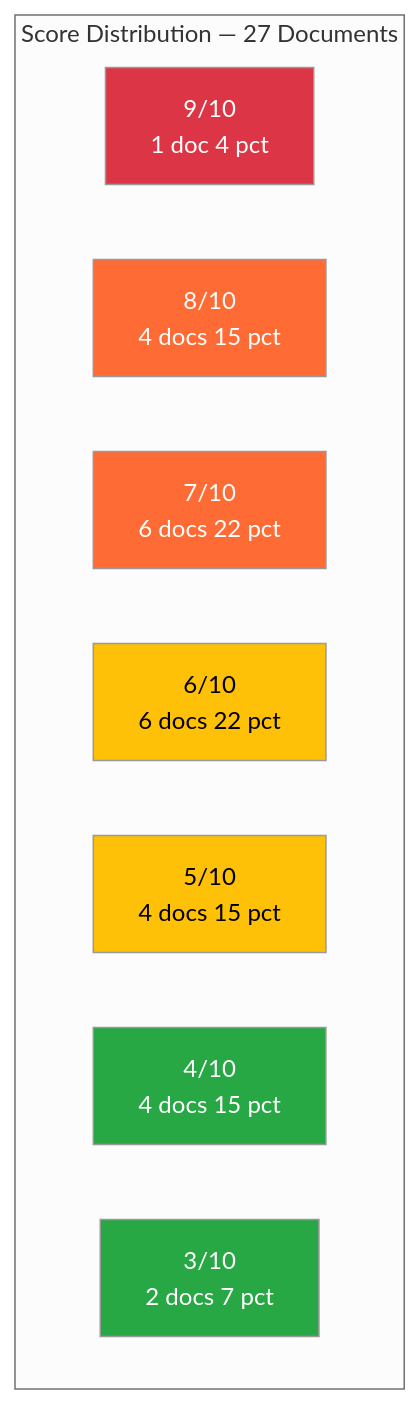
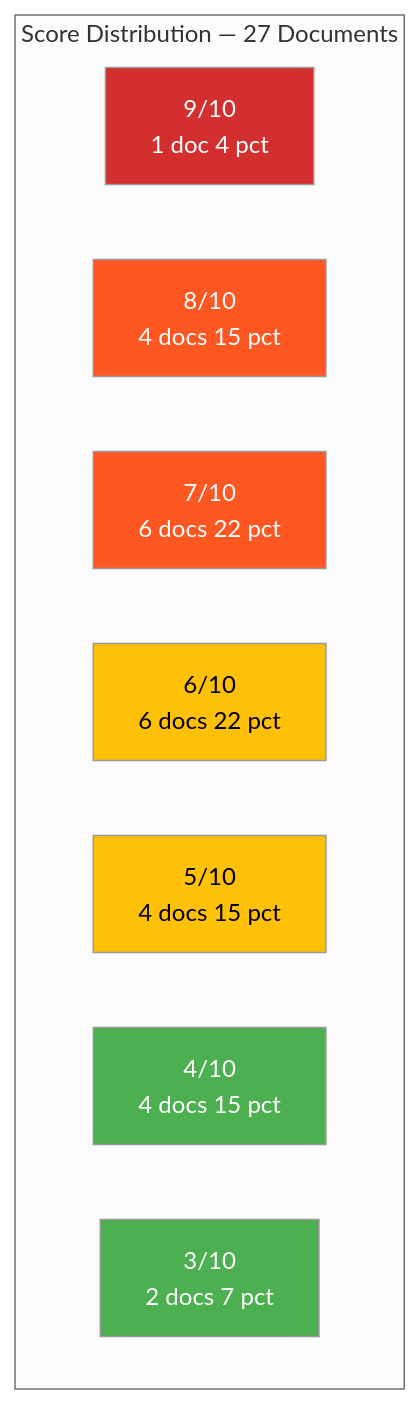
The second of 2 diagrams in analysis/daily/2026-04-11/evening-analysis/significance-scoring.md (Hack23/riksdagsmonitor), drawn with Mermaid (neutral theme) before and after one commit. The commit also changed other lines of this file and 785 other files, not shown here.

First line of the commit message:
Normalize mermaid colors across 786 analysis artifacts to ISMS Style Guide palette

````diff
--- a/analysis/daily/2026-04-11/evening-analysis/significance-scoring.md
+++ b/analysis/daily/2026-04-11/evening-analysis/significance-scoring.md
@@ -48,20 +48,20 @@
 ```mermaid
 graph LR
     subgraph "Score Distribution — 27 Documents"
         direction LR
         B9["9/10<br/>1 doc 4 pct"]
         B8["8/10<br/>4 docs 15 pct"]
         B7["7/10<br/>6 docs 22 pct"]
         B6["6/10<br/>6 docs 22 pct"]
         B5["5/10<br/>4 docs 15 pct"]
         B4["4/10<br/>4 docs 15 pct"]
         B3["3/10<br/>2 docs 7 pct"]
     end
-    style B9 fill:#dc3545,color:#fff
-    style B8 fill:#ff6b35,color:#fff
-    style B7 fill:#ff6b35,color:#fff
-    style B6 fill:#ffc107,color:#000
-    style B5 fill:#ffc107,color:#000
-    style B4 fill:#28a745,color:#fff
-    style B3 fill:#28a745,color:#fff
+    style B9 fill:#D32F2F,color:#FFFFFF
+    style B8 fill:#FF5722,color:#FFFFFF
+    style B7 fill:#FF5722,color:#FFFFFF
+    style B6 fill:#FFC107,color:#000000
+    style B5 fill:#FFC107,color:#000000
+    style B4 fill:#4CAF50,color:#FFFFFF
+    style B3 fill:#4CAF50,color:#FFFFFF
 ```
````
